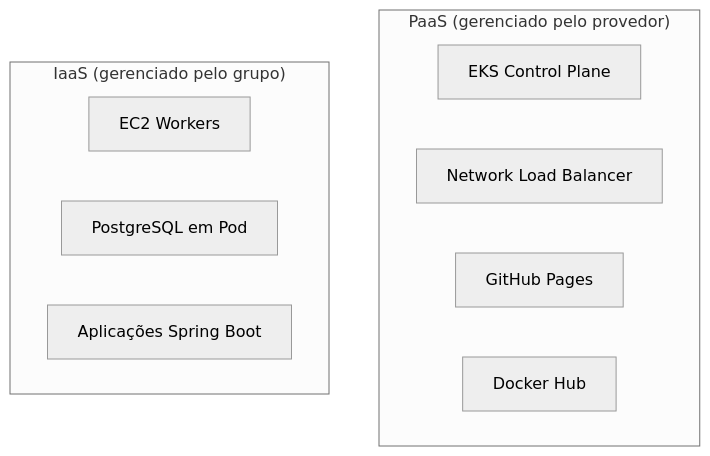
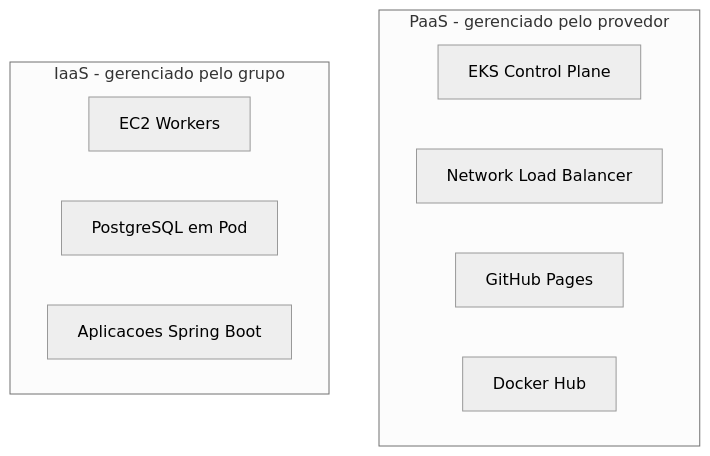
The diagram in docs/paas.md (microservice-henry/pma.26.1), drawn with Mermaid (neutral theme) before and after one commit. The commit also changed 3 other files, not shown here.

Commit message:
fix: mermaid syntax errors and grey theme

````diff
--- a/docs/paas.md
+++ b/docs/paas.md
@@ -22,15 +22,15 @@
 ```mermaid
 graph TD
-    subgraph PaaS["PaaS (gerenciado pelo provedor)"]
+    subgraph paas["PaaS - gerenciado pelo provedor"]
         EKS[EKS Control Plane]
         NLB[Network Load Balancer]
         GHP[GitHub Pages]
         DH[Docker Hub]
     end
 
-    subgraph IaaS["IaaS (gerenciado pelo grupo)"]
+    subgraph iaas["IaaS - gerenciado pelo grupo"]
         EC2[EC2 Workers]
         PG[PostgreSQL em Pod]
-        APP[Aplicações Spring Boot]
+        APP[Aplicacoes Spring Boot]
     end
 ```
````
